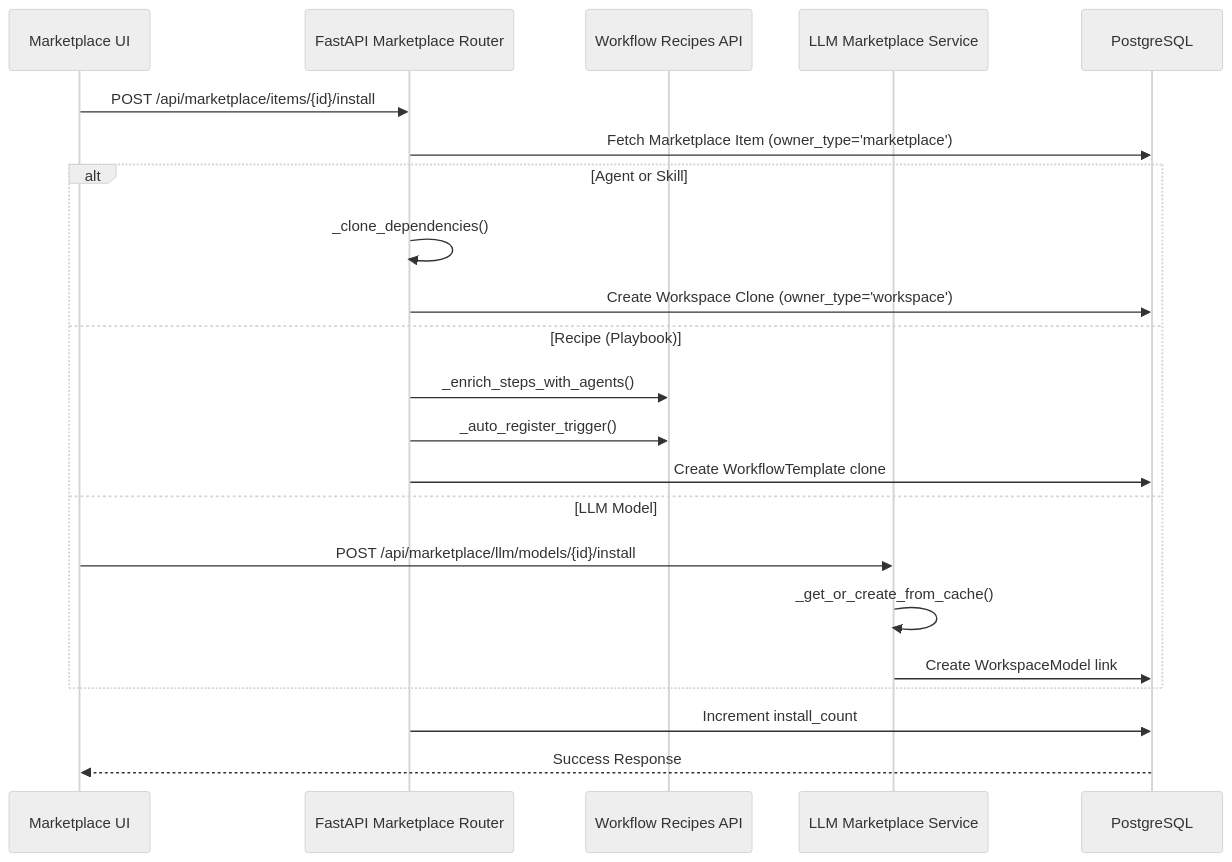
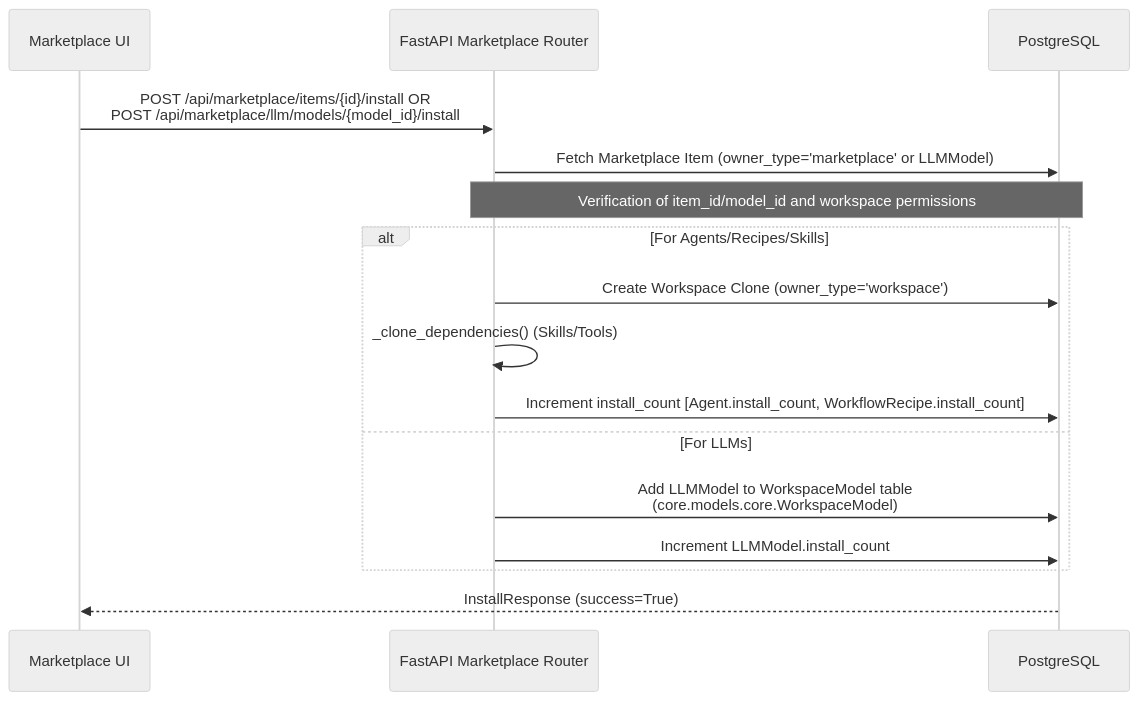
One commit to AutomatosAI/automatos-ai changed the second of 2 diagrams in docs/community-marketplace/_index.md. Above: the diagram before and after it, drawn with Mermaid (neutral theme). The commit also changed other lines of this file and 191 other files, not shown here.

````diff
--- a/docs/community-marketplace/_index.md
+++ b/docs/community-marketplace/_index.md
@@ -112,27 +132,22 @@
 ```mermaid
 sequenceDiagram
     participant UI as Marketplace UI
     participant API as FastAPI Marketplace Router
-    participant WR as Workflow Recipes API
-    participant LLM as LLM Marketplace Service
     participant DB as PostgreSQL
 
-    UI->>API: POST /api/marketplace/items/{id}/install
-    API->>DB: Fetch Marketplace Item (owner_type='marketplace')
+    UI->>API: POST /api/marketplace/items/{id}/install OR<br>POST /api/marketplace/llm/models/{model_id}/install
+    API->>DB: Fetch Marketplace Item (owner_type='marketplace' or LLMModel)
     
-    alt Agent or Skill
-        API->>API: _clone_dependencies()
+    Note over API, DB: Verification of item_id/model_id and workspace permissions
+    
+    alt For Agents/Recipes/Skills
         API->>DB: Create Workspace Clone (owner_type='workspace')
-    else Recipe (Playbook)
-        API->>WR: _enrich_steps_with_agents()
-        API->>WR: _auto_register_trigger()
-        API->>DB: Create WorkflowTemplate clone
-    else LLM Model
-        UI->>LLM: POST /api/marketplace/llm/models/{id}/install
-        LLM->>LLM: _get_or_create_from_cache()
-        LLM->>DB: Create WorkspaceModel link
+        API->>API: _clone_dependencies() (Skills/Tools)
+        API->>DB: Increment install_count [Agent.install_count, WorkflowRecipe.install_count]
+    else For LLMs
+        API->>DB: Add LLMModel to WorkspaceModel table<br>(core.models.core.WorkspaceModel)
+        API->>DB: Increment LLMModel.install_count
     end
     
-    API->>DB: Increment install_count
-    DB-->>UI: Success Response
+    DB-->>UI: InstallResponse (success=True)
 ```
````
